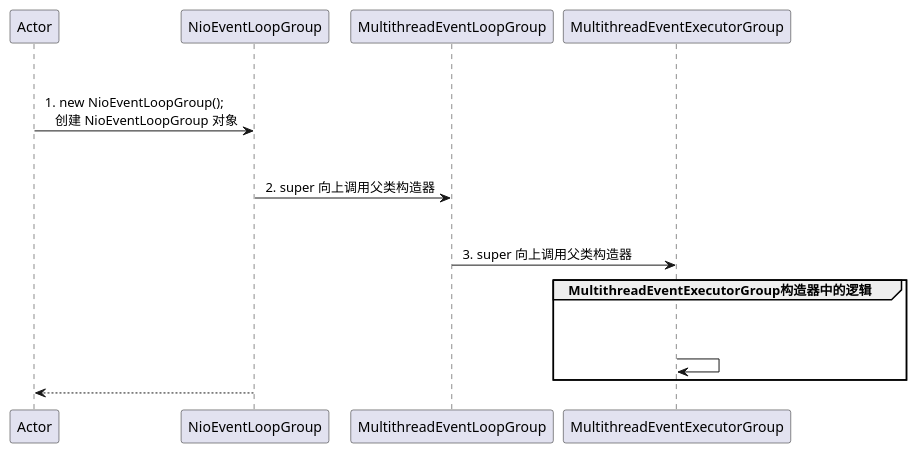
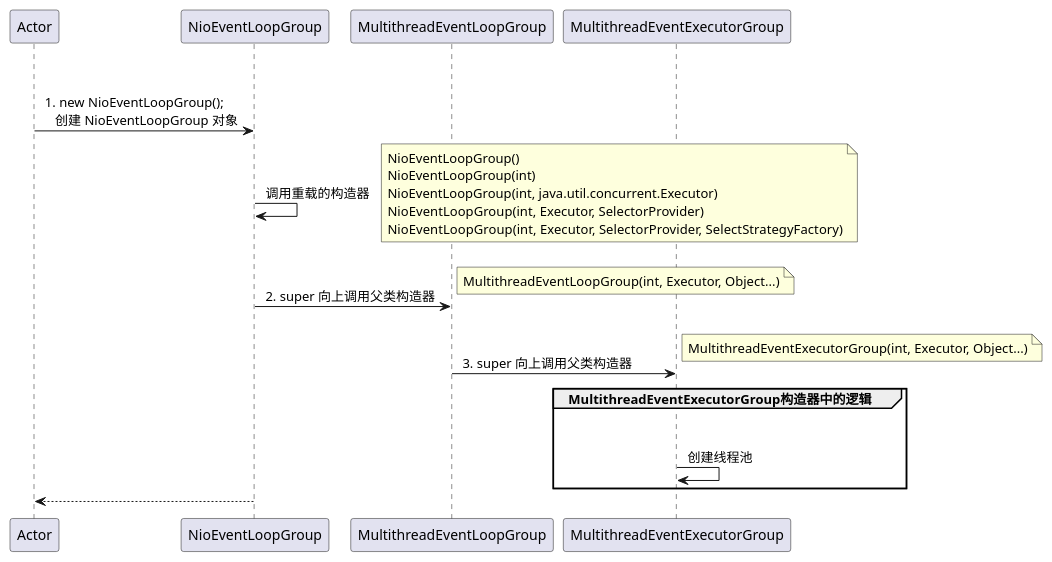
Before and after one commit to Simba-cheng/netty: the diagram in puml/NioEventLoop#创建.puml, drawn with PlantUML.

Commit message:
refactor(code): 源码添加注释、流程图、类图

```diff
--- a/puml/NioEventLoop#创建.puml
+++ b/puml/NioEventLoop#创建.puml
@@ -1,16 +1,34 @@
 @startuml participant
 
 Actor -> NioEventLoopGroup: \n\n 1. new NioEventLoopGroup(); \n    创建 NioEventLoopGroup 对象
 
+NioEventLoopGroup -> NioEventLoopGroup: \n 调用重载的构造器
+note right
+NioEventLoopGroup()
+NioEventLoopGroup(int)
+NioEventLoopGroup(int, java.util.concurrent.Executor)
+NioEventLoopGroup(int, Executor, SelectorProvider)
+NioEventLoopGroup(int, Executor, SelectorProvider, SelectStrategyFactory)
+end note
+
 NioEventLoopGroup -> MultithreadEventLoopGroup: \n\n 2. super 向上调用父类构造器
+note right
+MultithreadEventLoopGroup(int, Executor, Object...)
+end note
 
 MultithreadEventLoopGroup -> MultithreadEventExecutorGroup: \n\n 3. super 向上调用父类构造器
+note right
+MultithreadEventExecutorGroup(int, Executor, Object...)
+end note
+
 
 group MultithreadEventExecutorGroup构造器中的逻辑
 
-    MultithreadEventExecutorGroup -> MultithreadEventExecutorGroup: \n\n
+    MultithreadEventExecutorGroup -> MultithreadEventExecutorGroup: \n\n 创建线程池
+
+
 
 end
 
 Actor <-- NioEventLoopGroup
 @enduml
```
